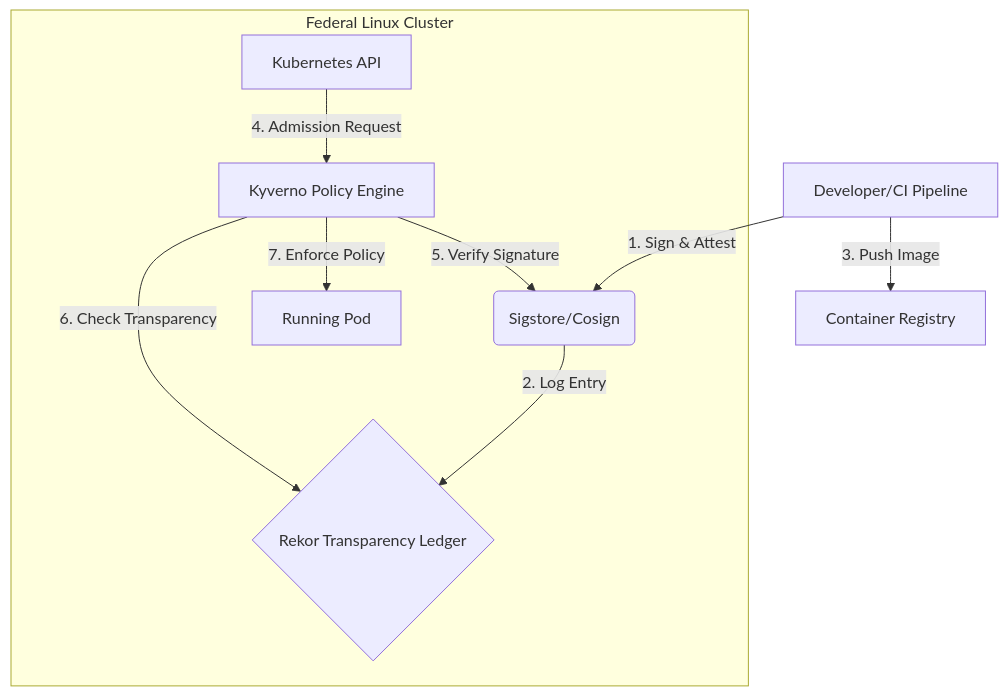
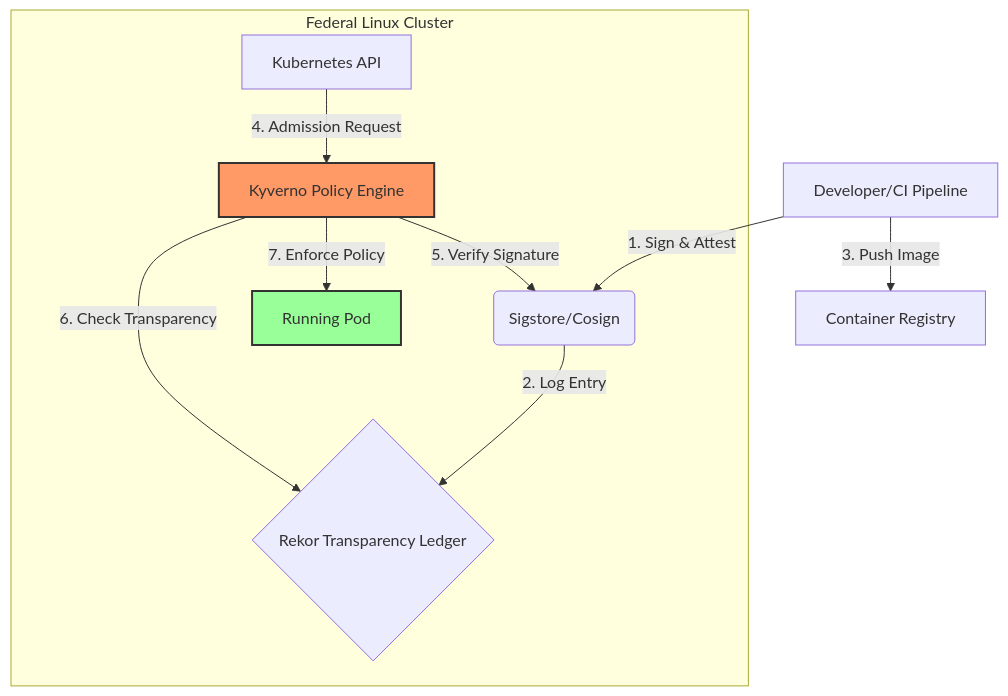
One commit to saisravan909/fed-sigstore-blueprint-zero-trust-linux changed the diagram in README.md. Above: the diagram before and after it, drawn with Mermaid.

````diff
--- a/README.md
+++ b/README.md
@@ -17,13 +17,16 @@
 ```mermaid
 graph TD
     A[Developer/CI Pipeline] -->|1. Sign & Attest| B(Sigstore/Cosign)
     B -->|2. Log Entry| C{Rekor Transparency Ledger}
     A -->|3. Push Image| D[Container Registry]
     
     subgraph "Federal Linux Cluster"
     E[Kubernetes API] -->|4. Admission Request| F[Kyverno Policy Engine]
     F -->|5. Verify Signature| B
     F -->|6. Check Transparency| C
     F -->|7. Enforce Policy| G[Running Pod]
     end
+
+    style G fill:#9f9,stroke:#333,stroke-width:2px
+    style F fill:#f96,stroke:#333,stroke-width:2px
 ```
````
